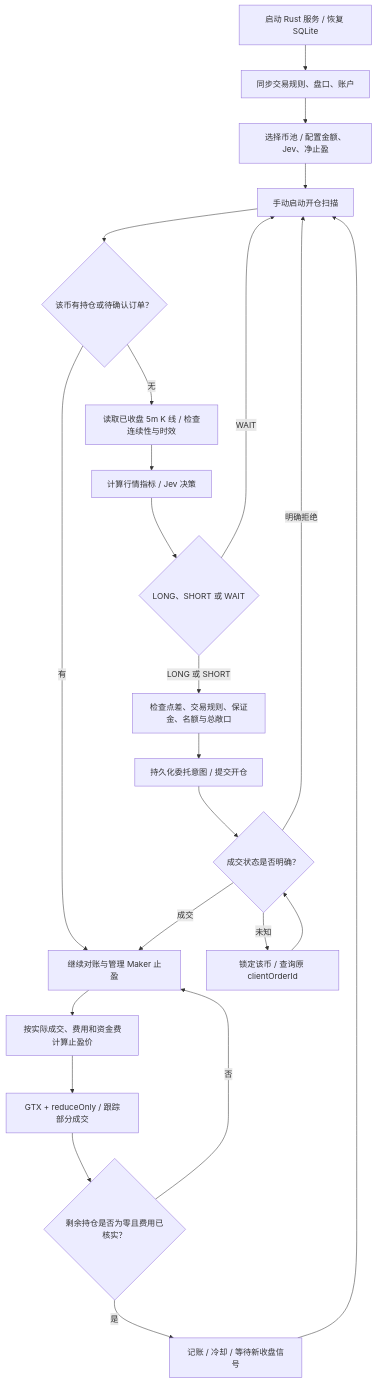
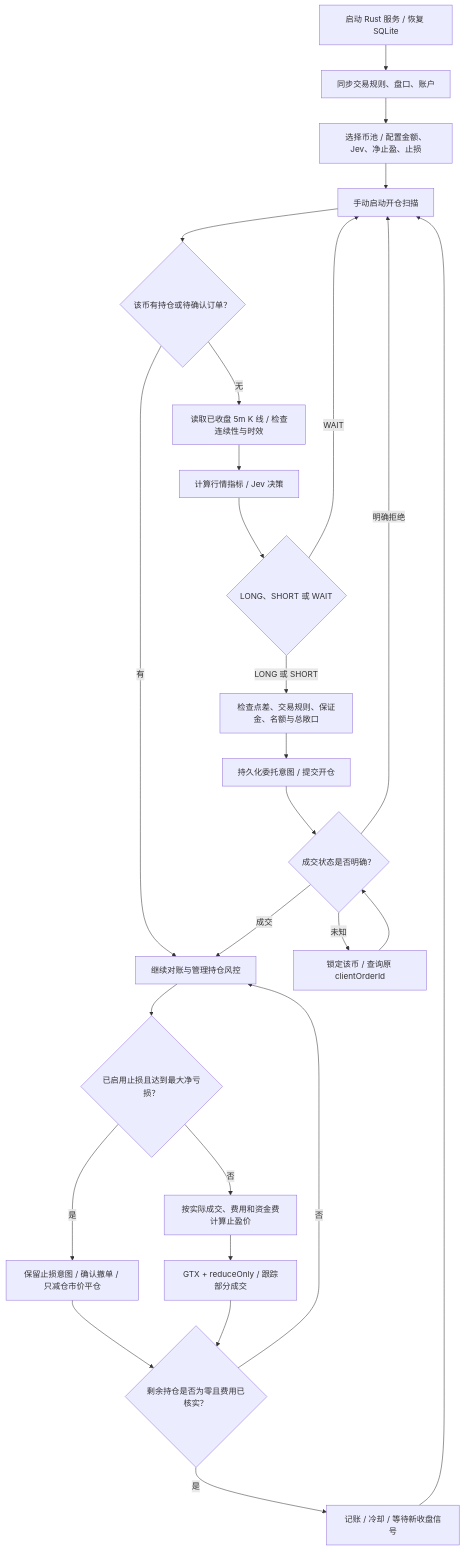
The diagram in README.md (zuoban/GeniusTrader), drawn with Mermaid before and after one commit. The commit also changed other lines of this file and 8 other files, not shown here.

````diff
--- a/README.md
+++ b/README.md
@@ -135,25 +136,28 @@
 ```mermaid
 flowchart TD
     A[启动 Rust 服务 / 恢复 SQLite] --> B[同步交易规则、盘口、账户]
-    B --> C[选择币池 / 配置金额、Jev、净止盈]
+    B --> C[选择币池 / 配置金额、Jev、净止盈、止损]
     C --> D[手动启动开仓扫描]
     D --> E{该币有持仓或待确认订单？}
-    E -- 有 --> M[继续对账与管理 Maker 止盈]
+    E -- 有 --> M[继续对账与管理持仓风控]
     E -- 无 --> F[读取已收盘 5m K 线 / 检查连续性与时效]
     F --> G[计算行情指标 / Jev 决策]
     G --> H{LONG、SHORT 或 WAIT}
     H -- WAIT --> D
     H -- LONG 或 SHORT --> I[检查点差、交易规则、保证金、名额与总敞口]
     I --> J[持久化委托意图 / 提交开仓]
     J --> K{成交状态是否明确？}
     K -- 未知 --> L[锁定该币 / 查询原 clientOrderId]
     L --> K
     K -- 成交 --> M
     K -- 明确拒绝 --> D
-    M --> N[按实际成交、费用和资金费计算止盈价]
+    M --> R{已启用止损且达到最大净亏损？}
+    R -- 是 --> S[保留止损意图 / 确认撤单 / 只减仓市价平仓]
+    S --> P
+    R -- 否 --> N[按实际成交、费用和资金费计算止盈价]
     N --> O[GTX + reduceOnly / 跟踪部分成交]
     O --> P{剩余持仓是否为零且费用已核实？}
     P -- 否 --> M
     P -- 是 --> Q[记账 / 冷却 / 等待新收盘信号]
     Q --> D
 ```
````
